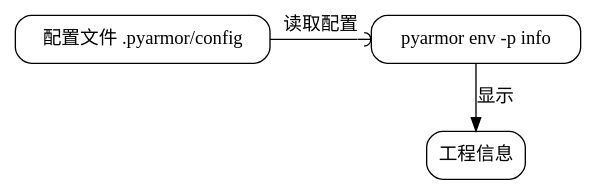
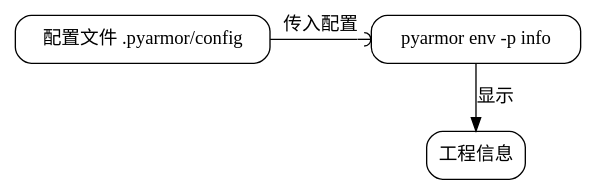
The third of 10 diagrams in pyarmor/learn/zh/commands.rst (dashingsoft/dashingsoft.github.io), drawn with Graphviz before and after one commit. The commit also changed other lines of this file, not shown here.

Commit message:
Refine label

```diff
--- a/pyarmor/learn/zh/commands.rst
+++ b/pyarmor/learn/zh/commands.rst
@@ -73,15 +73,15 @@
 .. graphviz::
    :caption: 显示工程配置
    :align: center
    :name: g-show-project-info
 
    digraph G {
       node [shape=box, style=rounded, target="_top"]
 
       init [label="pyarmor env -p info"]
       conf [label="配置文件 .pyarmor/config"]
       info [label="工程信息"]
 
-      rank=same { conf -> init [label="读取配置" arrowhead=curve] }
+      rank=same { conf -> init [label="传入配置" arrowhead=curve] }
       init -> info [label="显示"]
    }
```
